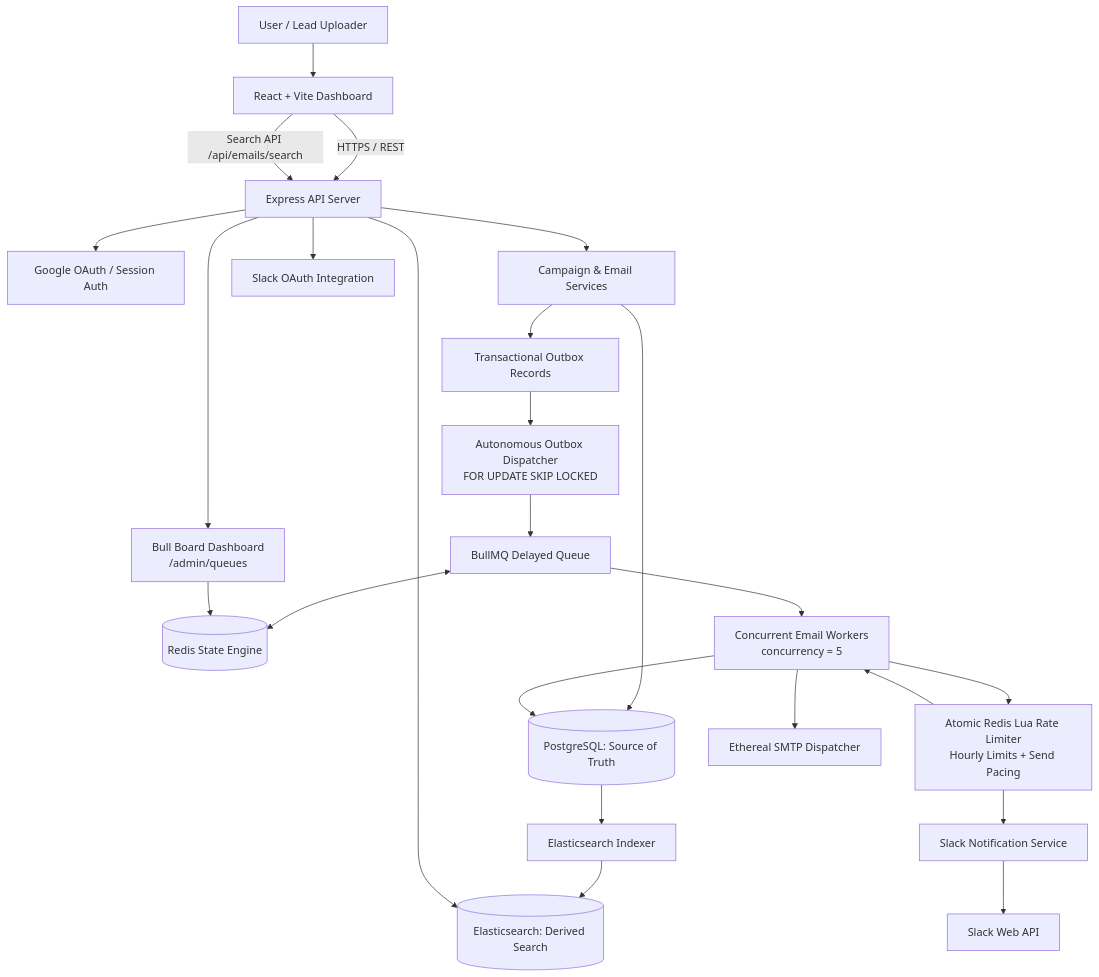
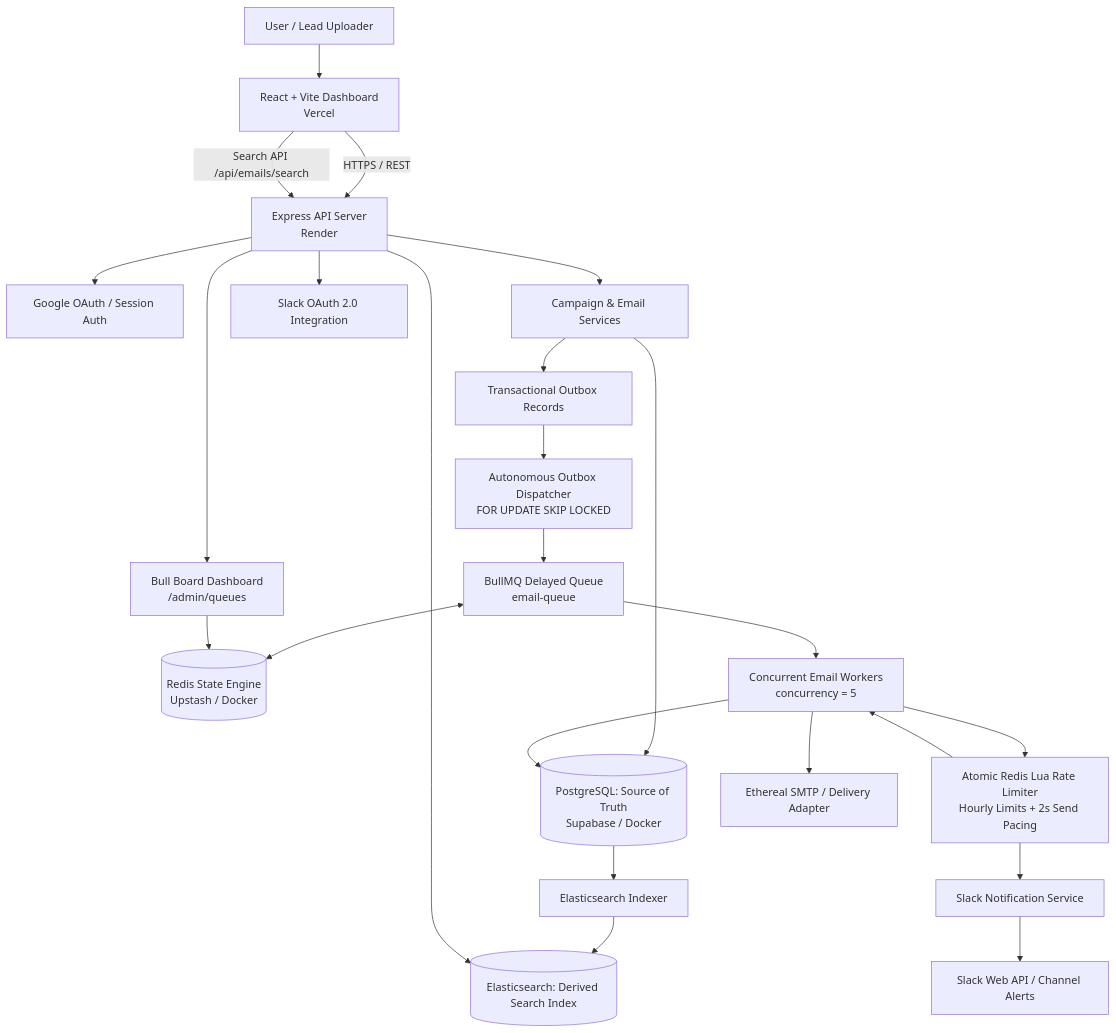
Before and after one commit to AniArka/reachinbox: the diagram in README.md, drawn with Mermaid. The commit also changed other lines of this file, not shown here.

````diff
--- a/README.md
+++ b/README.md
@@ -9,33 +21,33 @@
 ```mermaid
 flowchart TB
-    U[User / Lead Uploader] --> FE[React + Vite Dashboard]
-    FE -->|HTTPS / REST| API[Express API Server]
+    U[User / Lead Uploader] --> FE[React + Vite Dashboard<br/>Vercel]
+    FE -->|HTTPS / REST| API[Express API Server<br/>Render]
 
     API --> AUTH[Google OAuth / Session Auth]
     API --> CAMPAIGN[Campaign & Email Services]
-    API --> SLACK_OAUTH[Slack OAuth Integration]
+    API --> SLACK_OAUTH[Slack OAuth 2.0 Integration]
 
-    CAMPAIGN --> DB[(PostgreSQL: Source of Truth)]
+    CAMPAIGN --> DB[(PostgreSQL: Source of Truth<br/>Supabase / Docker)]
     CAMPAIGN --> OUTBOX[Transactional Outbox Records]
 
     OUTBOX --> DISPATCHER[Autonomous Outbox Dispatcher<br/>FOR UPDATE SKIP LOCKED]
-    DISPATCHER --> Q[BullMQ Delayed Queue]
-    Q <--> REDIS[(Redis State Engine)]
+    DISPATCHER --> Q[BullMQ Delayed Queue<br/>email-queue]
+    Q <--> REDIS[(Redis State Engine<br/>Upstash / Docker)]
 
     Q --> W[Concurrent Email Workers<br/>concurrency = 5]
-    W --> RL[Atomic Redis Lua Rate Limiter<br/>Hourly Limits + Send Pacing]
+    W --> RL[Atomic Redis Lua Rate Limiter<br/>Hourly Limits + 2s Send Pacing]
     RL --> W
-    W --> SMTP[Ethereal SMTP Dispatcher]
+    W --> SMTP[Ethereal SMTP / Delivery Adapter]
     W --> DB
 
     DB --> INDEXER[Elasticsearch Indexer]
-    INDEXER --> ES[(Elasticsearch: Derived Search)]
+    INDEXER --> ES[(Elasticsearch: Derived Search Index)]
     FE -->|Search API /api/emails/search| API
     API --> ES
 
     RL --> NOTIFY[Slack Notification Service]
-    NOTIFY --> SLACK[Slack Web API]
+    NOTIFY --> SLACK[Slack Web API / Channel Alerts]
 
     API --> BB[Bull Board Dashboard<br/>/admin/queues]
     BB --> REDIS
 ```
````
